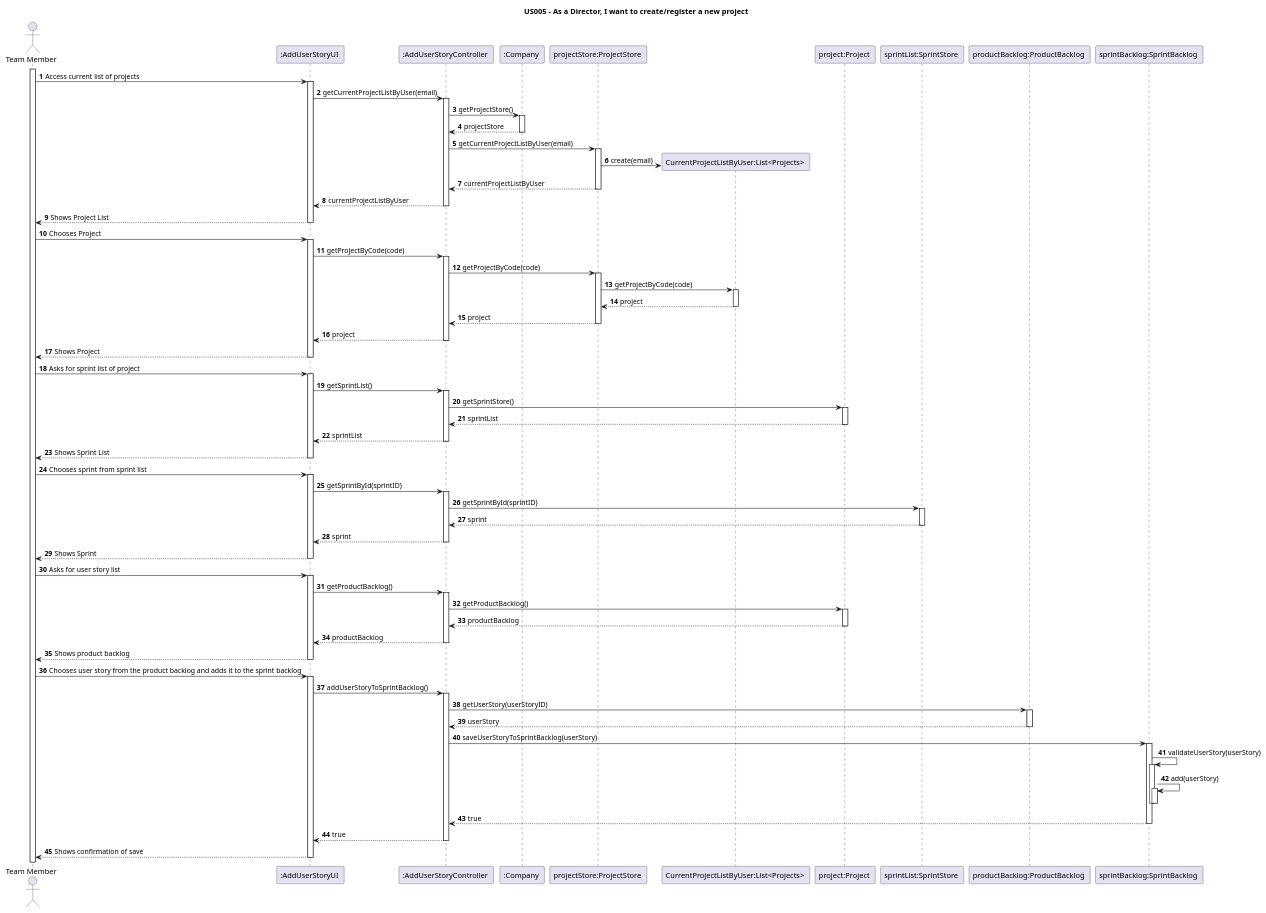
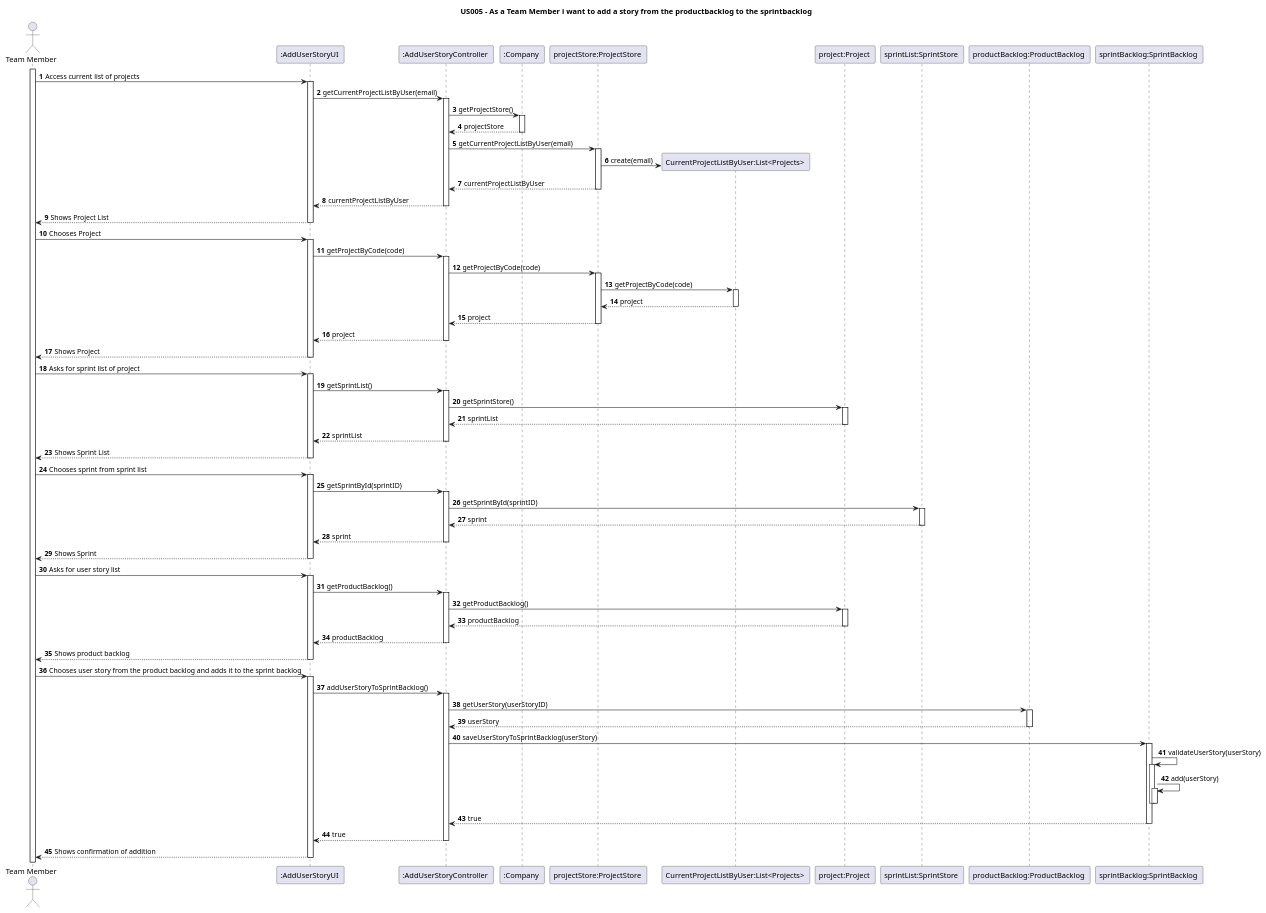
The diagram in docs/Sprint2/US023/US023-SD.puml (nunogon1211787/projectManagement), drawn with PlantUML before and after one commit. The commit also changed 1 other file, not shown here.

```diff
--- a/docs/Sprint2/US023/US023-SD.puml
+++ b/docs/Sprint2/US023/US023-SD.puml
@@ -1,76 +1,76 @@
 @startuml
 'https://plantuml.com/class-diagram
 
-title US005 - As a Director, I want to create/register a new project
+title US005 -  As a Team Member i want to add a story from the productbacklog to the sprintbacklog
 
 autoactivate on
 autonumber
 
 actor "Team Member" as TM
 
 participant ":AddUserStoryUI " as UI
 participant ":AddUserStoryController " as Controller
 participant ":Company " as Company
 participant "projectStore:ProjectStore " as projStore
 participant "CurrentProjectListByUser:List<Projects> " as currentList
 participant "project:Project " as proj
 participant "sprintList:SprintStore " as sprintStore
 participant "productBacklog:ProductBacklog " as ProductBacklog
 participant "sprintBacklog:SprintBacklog " as SprintBacklog
 
 
 activate TM
 TM -> UI: Access current list of projects
 UI -> Controller: getCurrentProjectListByUser(email)
 Controller -> Company: getProjectStore()
 Company --> Controller: projectStore
 Controller -> projStore: getCurrentProjectListByUser(email)
 projStore -> currentList**: create(email)
 projStore --> Controller:currentProjectListByUser
 Controller --> UI: currentProjectListByUser
 UI--> TM: Shows Project List
 
 TM -> UI: Chooses Project
 UI -> Controller: getProjectByCode(code)
 Controller -> projStore: getProjectByCode(code)
 projStore -> currentList: getProjectByCode(code)
 currentList --> projStore: project
 projStore --> Controller: project
 Controller --> UI: project
 UI --> TM: Shows Project
 
 TM -> UI: Asks for sprint list of project
 UI -> Controller: getSprintList()
 Controller -> proj: getSprintStore()
 proj --> Controller: sprintList
 Controller --> UI: sprintList
 UI --> TM: Shows Sprint List
 
 TM -> UI: Chooses sprint from sprint list
 UI -> Controller: getSprintById(sprintID)
 Controller -> sprintStore: getSprintById(sprintID)
 sprintStore --> Controller: sprint
 Controller --> UI: sprint
 UI --> TM: Shows Sprint
 
 TM -> UI: Asks for user story list
 UI -> Controller: getProductBacklog()
 Controller -> proj: getProductBacklog()
 proj --> Controller: productBacklog
 Controller --> UI: productBacklog
 UI --> TM: Shows product backlog
 
 TM -> UI: Chooses user story from the product backlog and adds it to the sprint backlog
 UI -> Controller: addUserStoryToSprintBacklog()
 Controller -> ProductBacklog: getUserStory(userStoryID)
 ProductBacklog --> Controller: userStory
 Controller -> SprintBacklog: saveUserStoryToSprintBacklog(userStory)
 SprintBacklog -> SprintBacklog: validateUserStory(userStory)
 SprintBacklog -> SprintBacklog: add(userStory)
 deactivate
 deactivate
 SprintBacklog --> Controller: true
 Controller --> UI: true
-UI --> TM: Shows confirmation of save
+UI --> TM: Shows confirmation of addition
 
 @enduml
```
